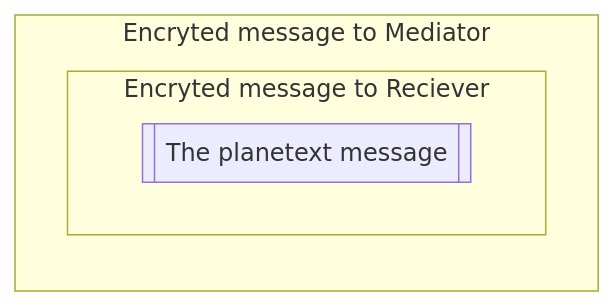
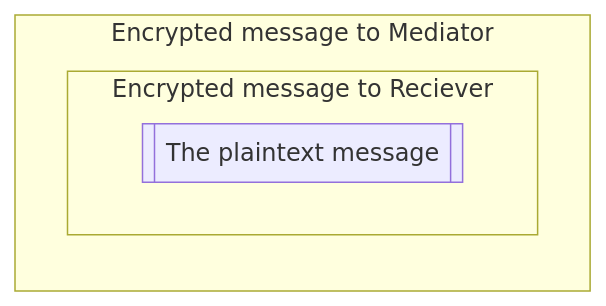
One commit to hyperledger/identus-mediator changed the second of 2 diagrams in README.md. Above: the diagram before and after it, drawn with Mermaid. The commit also changed other lines of this file and 1 other file, not shown here.

First line of the commit message:
docs: how to configure the mediator (#60)

````diff
--- a/README.md
+++ b/README.md
@@ -29,8 +29,8 @@
 ```mermaid
 graph LR
-  subgraph Encryted message to Mediator
-    subgraph Encryted message to Reciever
-    id1[[The planetext message]]
+  subgraph Encrypted message to Mediator
+    subgraph Encrypted message to Reciever
+    id1[[The plaintext message]]
     end
   end
 ```
````
